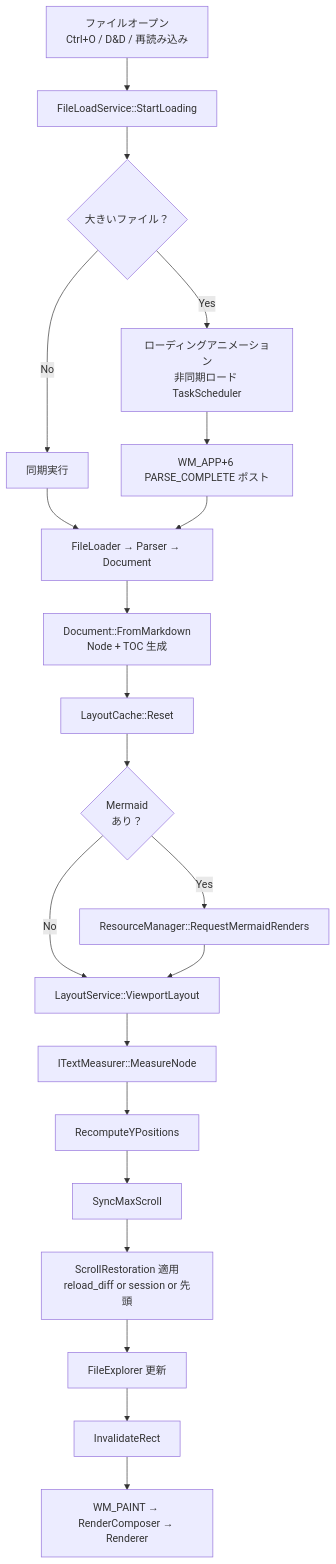
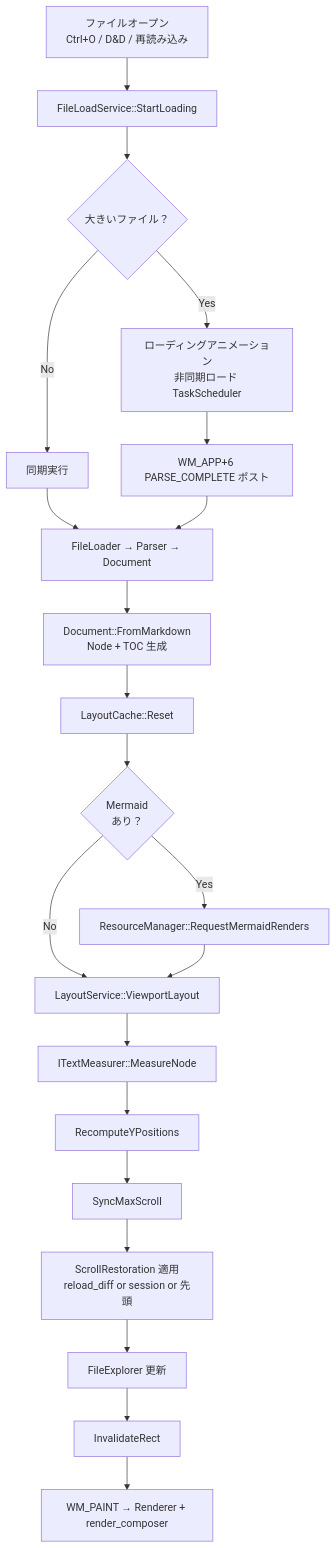
Diagram 18 of 27 in example/test.md (tanaton/mendo), drawn with Mermaid before and after one commit. The commit also changed other lines of this file, not shown here.

````diff
--- a/example/test.md
+++ b/example/test.md
@@ -2269,24 +2763,24 @@
 ```mermaid
 flowchart TD
     TRIGGER[ファイルオープン<br>Ctrl+O / D&D / 再読み込み] --> FLS[FileLoadService::StartLoading]
     FLS --> ANIM{大きいファイル？}
     ANIM -->|Yes| LANIM[ローディングアニメーション<br>非同期ロード TaskScheduler]
     ANIM -->|No| SYNC[同期実行]
     LANIM --> POST[WM_APP+6 PARSE_COMPLETE ポスト]
     SYNC --> EXEC[FileLoader → Parser → Document]
     POST --> EXEC
 
     EXEC --> DOC[Document::FromMarkdown<br>Node + TOC 生成]
     DOC --> LC[LayoutCache::Reset]
     LC --> MCHK{Mermaid<br>あり？}
     MCHK -->|Yes| MREQ[ResourceManager::RequestMermaidRenders]
     MCHK -->|No| LAYOUT
     MREQ --> LAYOUT[LayoutService::ViewportLayout]
     LAYOUT --> TXTL[ITextMeasurer::MeasureNode]
     TXTL --> YPOS[RecomputeYPositions]
     YPOS --> SYNCMS[SyncMaxScroll]
     SYNCMS --> RESTORE[ScrollRestoration 適用<br>reload_diff or session or 先頭]
     RESTORE --> FE[FileExplorer 更新]
     FE --> INVAL[InvalidateRect]
-    INVAL --> PAINT[WM_PAINT → RenderComposer → Renderer]
+    INVAL --> PAINT[WM_PAINT → Renderer + render_composer]
 ```
````
